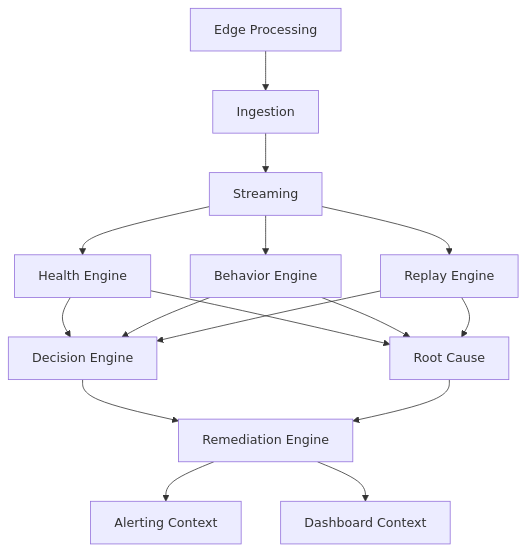
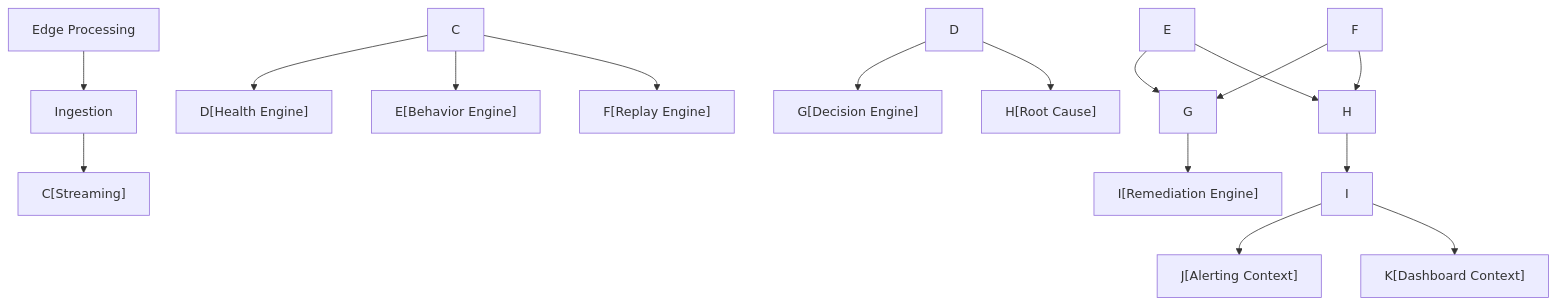
Before and after one commit to frag2win/TelemetryHealth: the first of 3 diagrams in docs/architecture/003_BOUNDED_CONTEXTS.md, drawn with Mermaid. The commit also changed other lines of this file and 25 other files, not shown here.

Commit message:
docs: fix strict Mermaid.js parse errors (unsupported inline quoted node IDs)

````diff
--- a/docs/architecture/003_BOUNDED_CONTEXTS.md
+++ b/docs/architecture/003_BOUNDED_CONTEXTS.md
@@ -50,23 +50,23 @@
 ```mermaid
 graph TD
-    A[Edge Processing] --> B[Ingestion]
-    B --> C[Streaming]
-    
-    C --> D[Health Engine]
-    C --> E[Behavior Engine]
-    C --> F[Replay Engine]
-    
-    D --> G[Decision Engine]
+A[Edge Processing] --> B[Ingestion]
+    B --> N1["C[Streaming]"]
+
+    C --> N2["D[Health Engine]"]
+    C --> N3["E[Behavior Engine]"]
+    C --> N4["F[Replay Engine]"]
+
+    D --> N5["G[Decision Engine]"]
     E --> G
     F --> G
-    
-    D --> H[Root Cause]
+
+    D --> N6["H[Root Cause]"]
     E --> H
     F --> H
-    
-    G --> I[Remediation Engine]
+
+    G --> N7["I[Remediation Engine]"]
     H --> I
-    
-    I --> J[Alerting Context]
-    I --> K[Dashboard Context]
+
+    I --> N8["J[Alerting Context]"]
+    I --> N9["K[Dashboard Context]"]
 ```
````
